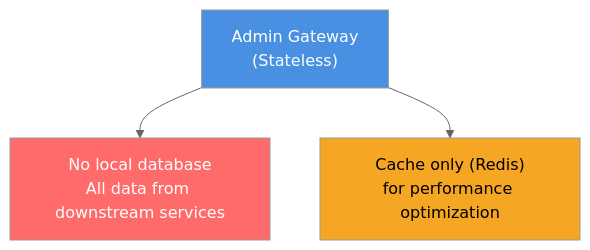
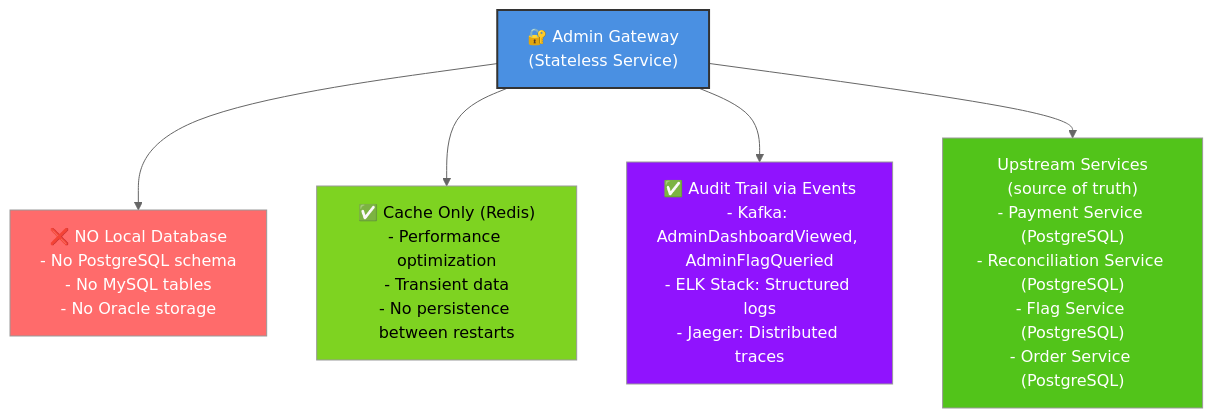
The third of 4 diagrams in docs/services/admin-gateway-service/diagrams-v2/06-er-diagram.md (sunitakeazycommerz-a11y/InstaCommerce), drawn with Mermaid (neutral theme) before and after one commit. The commit also changed other lines of this file and 12 other files, not shown here.

````diff
--- a/docs/services/admin-gateway-service/diagrams-v2/06-er-diagram.md
+++ b/docs/services/admin-gateway-service/diagrams-v2/06-er-diagram.md
@@ -57,13 +162,23 @@
 ```mermaid
 graph TB
-    AdminGateway["Admin Gateway<br/>(Stateless)"]
-    Note1["No local database<br/>All data from downstream services"]
-    Note2["Cache only (Redis)<br/>for performance optimization"]
+    AdminGateway["🔐 Admin Gateway<br/>(Stateless Service)"]
+
+    Note1["❌ NO Local Database<br/>- No PostgreSQL schema<br/>- No MySQL tables<br/>- No Oracle storage"]
+
+    Note2["✅ Cache Only (Redis)<br/>- Performance optimization<br/>- Transient data<br/>- No persistence between restarts"]
+
+    Note3["✅ Audit Trail via Events<br/>- Kafka: AdminDashboardViewed, AdminFlagQueried<br/>- ELK Stack: Structured logs<br/>- Jaeger: Distributed traces"]
+
+    UpstreamServices["Upstream Services<br/>(source of truth)<br/>- Payment Service (PostgreSQL)<br/>- Reconciliation Service (PostgreSQL)<br/>- Flag Service (PostgreSQL)<br/>- Order Service (PostgreSQL)"]
 
     AdminGateway --> Note1
     AdminGateway --> Note2
+    AdminGateway --> Note3
+    AdminGateway --> UpstreamServices
 
-    style AdminGateway fill:#4A90E2,color:#fff
+    style AdminGateway fill:#4A90E2,color:#fff,stroke:#333,stroke-width:2px
     style Note1 fill:#FF6B6B,color:#fff
-    style Note2 fill:#F5A623,color:#000
+    style Note2 fill:#7ED321,color:#000
+    style Note3 fill:#9013FE,color:#fff
+    style UpstreamServices fill:#52C41A,color:#fff
 ```
````
